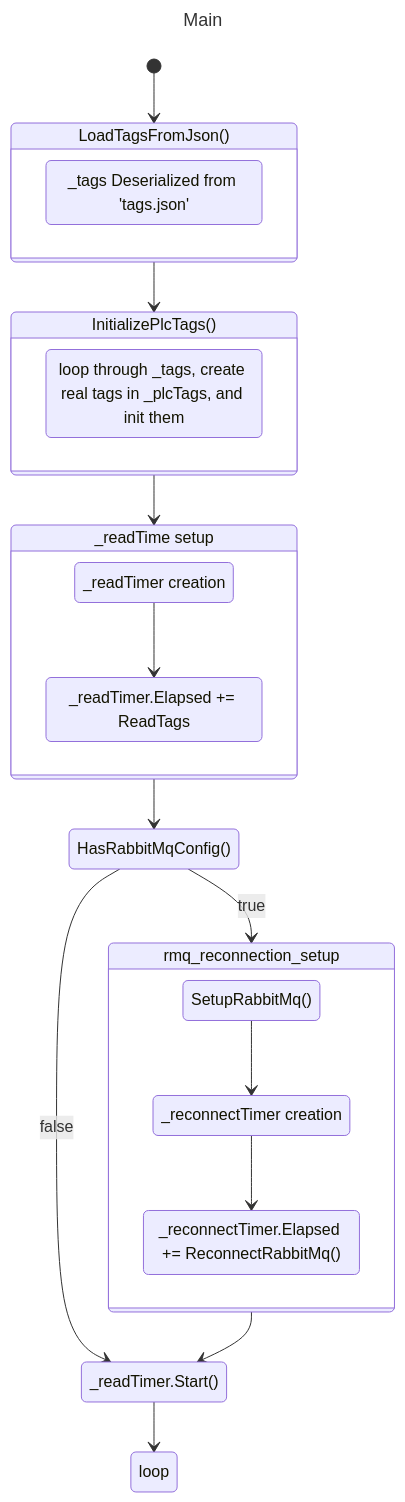
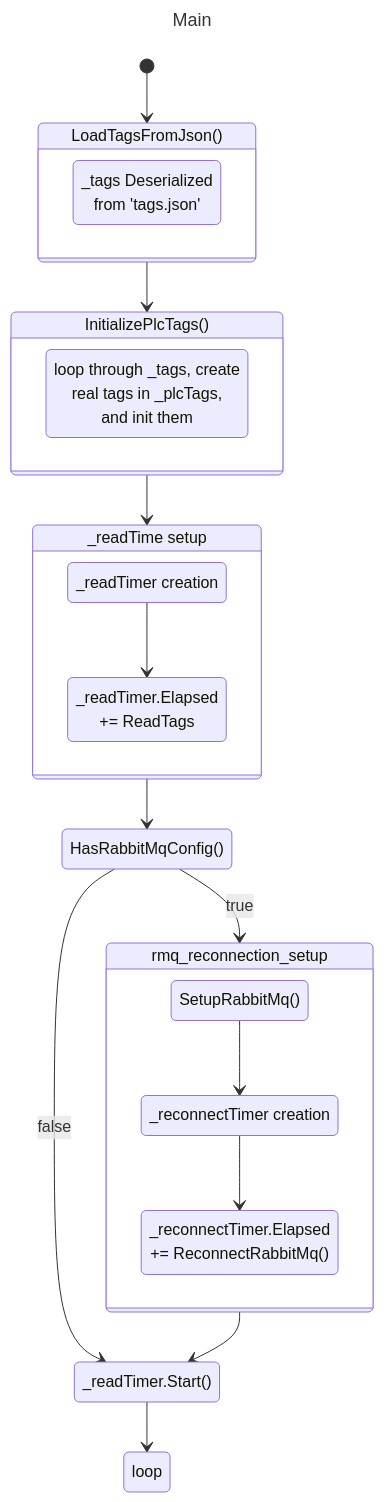
The second of 3 diagrams in readme.md (DJTakushi/ab_blender), drawn with Mermaid before and after one commit.

Commit message:
breaks in  diagram  for deliberate wrapping

````diff
--- a/readme.md
+++ b/readme.md
@@ -43,37 +43,37 @@
 ```mermaid
 ---
 title: Main
 ---
 stateDiagram-v2
 
 [*] --> LoadTagsFromJson()
 state LoadTagsFromJson()  {
-    state "_tags Deserialized from 'tags.json'" as tags
+    state "_tags Deserialized <br>from 'tags.json'" as tags
 }
 
 LoadTagsFromJson() --> InitializePlcTags()
 state  InitializePlcTags() {
-    state "loop through _tags, create real tags in _plcTags, and init them" as init
+    state "loop through _tags, create<br>real tags in _plcTags,<br> and init them" as init
 }   
 
 state "_readTime setup" as _readTimer_setup  {
     state "_readTimer creation" as _readTimer
-    state "_readTimer.Elapsed += ReadTags" as  set_readtags
+    state "_readTimer.Elapsed<br>+= ReadTags" as  set_readtags
     _readTimer --> set_readtags
 }
 InitializePlcTags() --> _readTimer_setup
 
 _readTimer_setup --> HasRabbitMqConfig()
 HasRabbitMqConfig() -->  _readTimer.Start() : false
 HasRabbitMqConfig() --> rmq_reconnection_setup : true
 state rmq_reconnection_setup{
     state "_reconnectTimer creation" as _reconnectTimer
     SetupRabbitMq() --> _reconnectTimer
 
-    state "_reconnectTimer.Elapsed += ReconnectRabbitMq()" as reconnect_elapsed
+    state "_reconnectTimer.Elapsed<br>+= ReconnectRabbitMq()" as reconnect_elapsed
     _reconnectTimer --> reconnect_elapsed
 }
 rmq_reconnection_setup -->  _readTimer.Start()
 
 _readTimer.Start() --> loop
 ```
````
